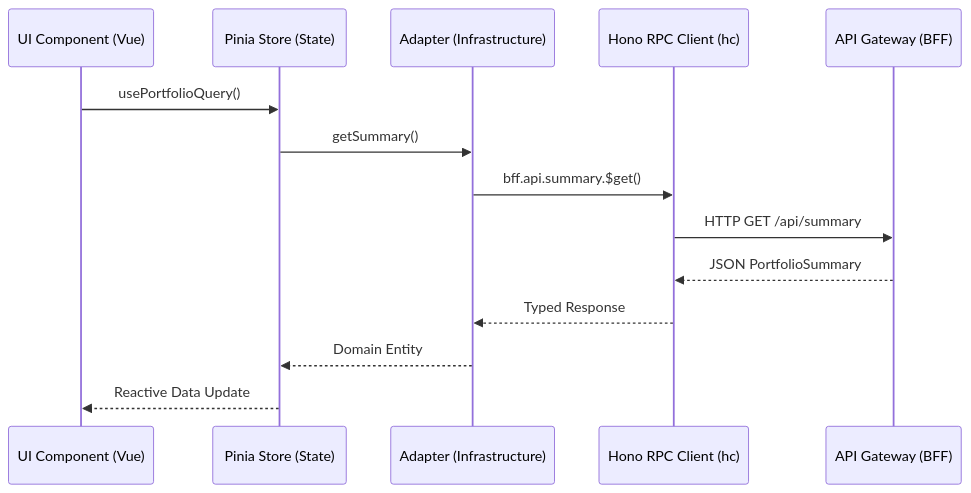
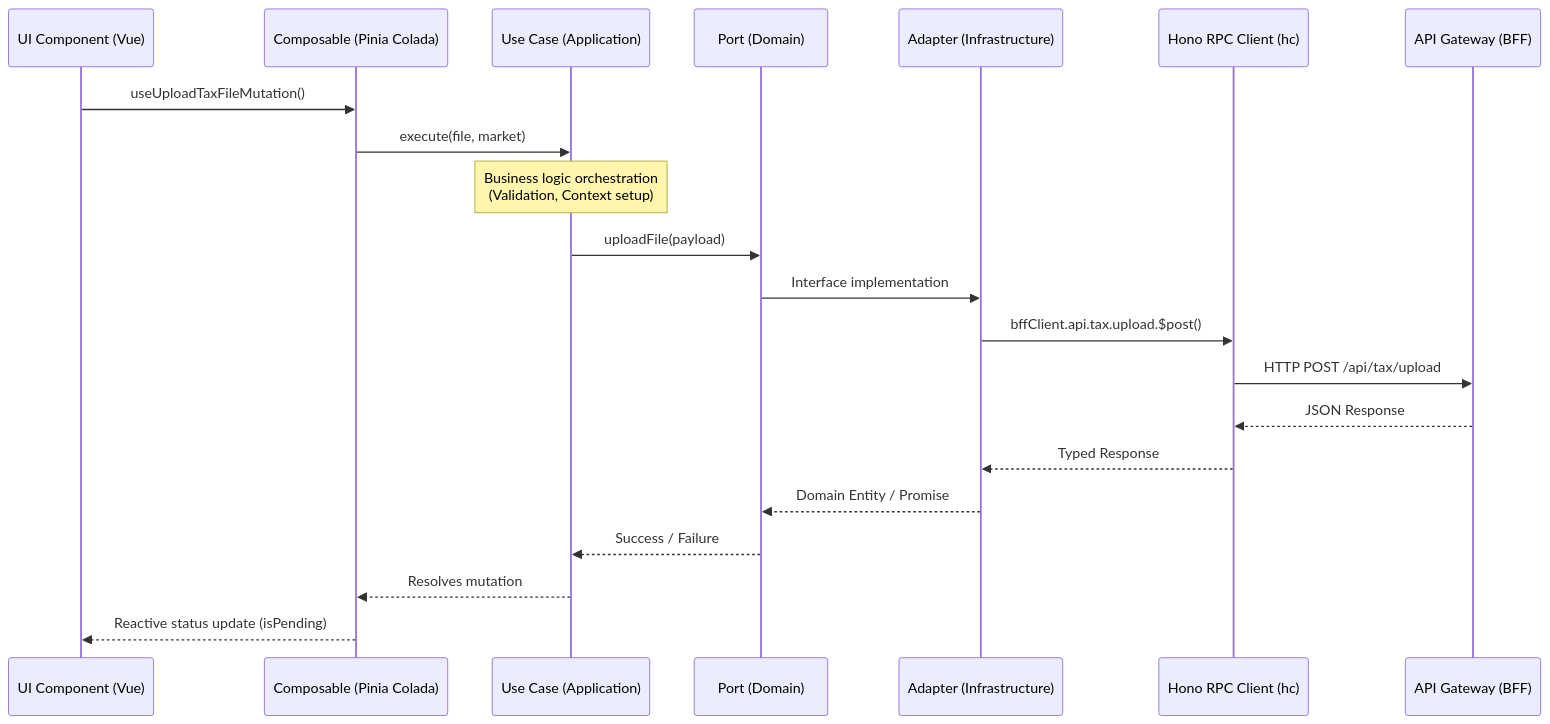
One commit to nelomr/kryptofolio changed the first of 2 diagrams in docs/architecture.md. Above: the diagram before and after it, drawn with Mermaid. The commit also changed other lines of this file and 38 other files, not shown here.

Commit message:
feat: complete hexagonal architecture refactor for vault and language settings with updated documentation

````diff
--- a/docs/architecture.md
+++ b/docs/architecture.md
@@ -22,17 +22,24 @@
 ```mermaid
 sequenceDiagram
-    participant UI Component (Vue)
-    participant Pinia Store (State)
-    participant Adapter (Infrastructure)
-    participant Hono RPC Client (hc)
-    participant API Gateway (BFF)
+    participant UI as UI Component (Vue)
+    participant Colada as Composable (Pinia Colada)
+    participant UseCase as Use Case (Application)
+    participant Port as Port (Domain)
+    participant Adapter as Adapter (Infrastructure)
+    participant hc as Hono RPC Client (hc)
+    participant BFF as API Gateway (BFF)
 
-    UI Component (Vue)->>Pinia Store (State): usePortfolioQuery()
-    Pinia Store (State)->>Adapter (Infrastructure): getSummary()
-    Adapter (Infrastructure)->>Hono RPC Client (hc): bff.api.summary.$get()
-    Hono RPC Client (hc)->>API Gateway (BFF): HTTP GET /api/summary
-    API Gateway (BFF)-->>Hono RPC Client (hc): JSON PortfolioSummary
-    Hono RPC Client (hc)-->>Adapter (Infrastructure): Typed Response
-    Adapter (Infrastructure)-->>Pinia Store (State): Domain Entity
-    Pinia Store (State)-->>UI Component (Vue): Reactive Data Update
+    UI->>Colada: useUploadTaxFileMutation()
+    Colada->>UseCase: execute(file, market)
+    Note over UseCase: Business logic orchestration<br/>(Validation, Context setup)
+    UseCase->>Port: uploadFile(payload)
+    Port->>Adapter: Interface implementation
+    Adapter->>hc: bffClient.api.tax.upload.$post()
+    hc->>BFF: HTTP POST /api/tax/upload
+    BFF-->>hc: JSON Response
+    hc-->>Adapter: Typed Response
+    Adapter-->>Port: Domain Entity / Promise
+    Port-->>UseCase: Success / Failure
+    UseCase-->>Colada: Resolves mutation
+    Colada-->>UI: Reactive status update (isPending)
 ```
````
